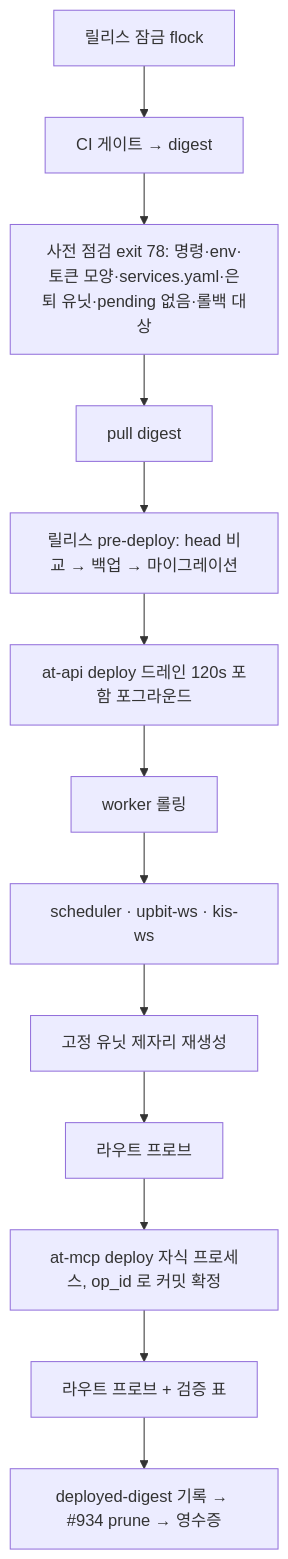
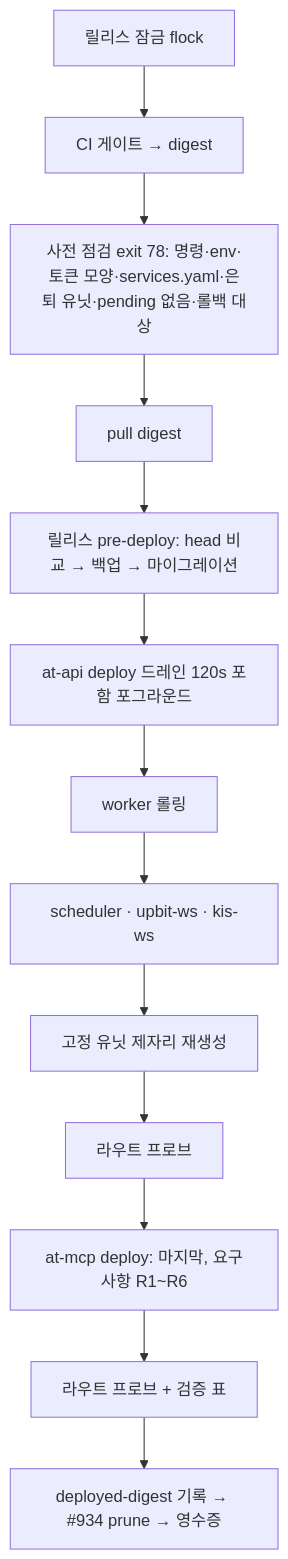
The second of 2 diagrams in docs/design/4155-shiftgate-adoption.md (mgh3326/auto_trader), drawn with Mermaid before and after one commit. The commit also changed other lines of this file, not shown here.

First line of the commit message:
docs(design): at-mcp procedures removed, requirements R1-R6 only; AT-4b gets its own design review (hk 4198)

````diff
--- a/docs/design/4155-shiftgate-adoption.md
+++ b/docs/design/4155-shiftgate-adoption.md
@@ -347,15 +347,15 @@
 ```mermaid
 flowchart TD
   L[릴리스 잠금 flock] --> G[CI 게이트 → digest]
   G --> P[사전 점검 exit 78: 명령·env·토큰 모양·services.yaml·은퇴 유닛·pending 없음·롤백 대상]
   P --> U[pull digest]
   U --> M[릴리스 pre-deploy: head 비교 → 백업 → 마이그레이션]
   M --> A[at-api deploy 드레인 120s 포함 포그라운드]
   A --> W[worker 롤링]
   W --> S[scheduler · upbit-ws · kis-ws]
   S --> F[고정 유닛 제자리 재생성]
   F --> R1[라우트 프로브]
-  R1 --> X[at-mcp deploy 자식 프로세스, op_id 로 커밋 확정]
+  R1 --> X[at-mcp deploy: 마지막, 요구사항 R1~R6]
   X --> R2[라우트 프로브 + 검증 표]
   R2 --> D[deployed-digest 기록 → #934 prune → 영수증]
 ```
````
